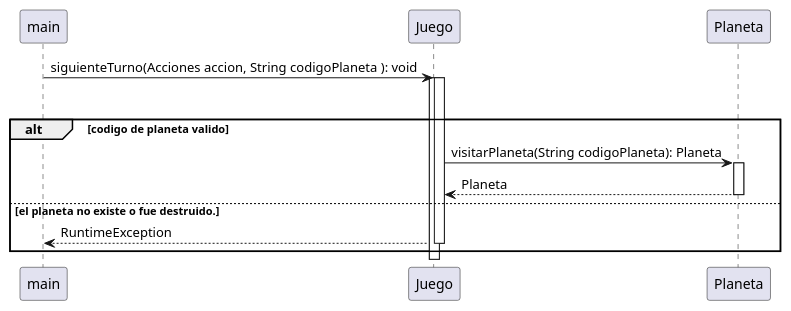
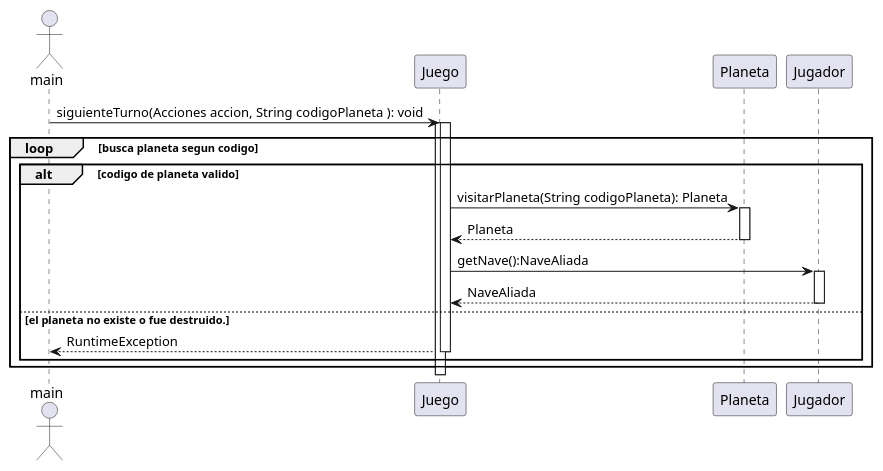
The diagram in src/main/java/org/example/Diagrams/TPO_SequenceDiagramVisitNeutralPlanet.puml (ianlio-git/LostGalaxy), drawn with PlantUML before and after one commit. The commit also changed 1 other file, not shown here.

```diff
--- a/src/main/java/org/example/Diagrams/TPO_SequenceDiagramVisitNeutralPlanet.puml
+++ b/src/main/java/org/example/Diagrams/TPO_SequenceDiagramVisitNeutralPlanet.puml
@@ -1,15 +1,24 @@
 @startuml
+actor main
 main->Juego: siguienteTurno(Acciones accion, String codigoPlaneta ): void
 activate Juego
     loop busca planeta segun codigo
         alt codigo de planeta valido
+
             activate Juego
                 Juego -> Planeta: visitarPlaneta(String codigoPlaneta): Planeta
             activate Planeta
                 Planeta --> Juego: Planeta
             deactivate Planeta
+
+            Juego -> Jugador : getNave():NaveAliada
+            activate Jugador
+            Jugador -->Juego: NaveAliada
+            deactivate Jugador
+
         else el planeta no existe o fue destruido.
                 Juego --> main : RuntimeException
             deactivate Juego
+    end
 end
 @enduml
```
